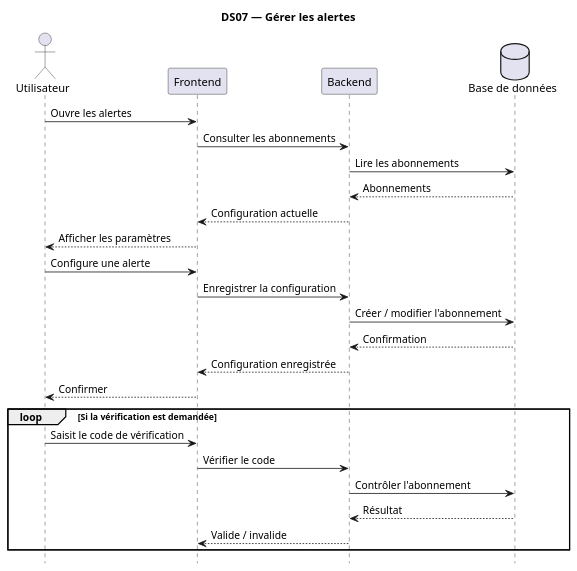
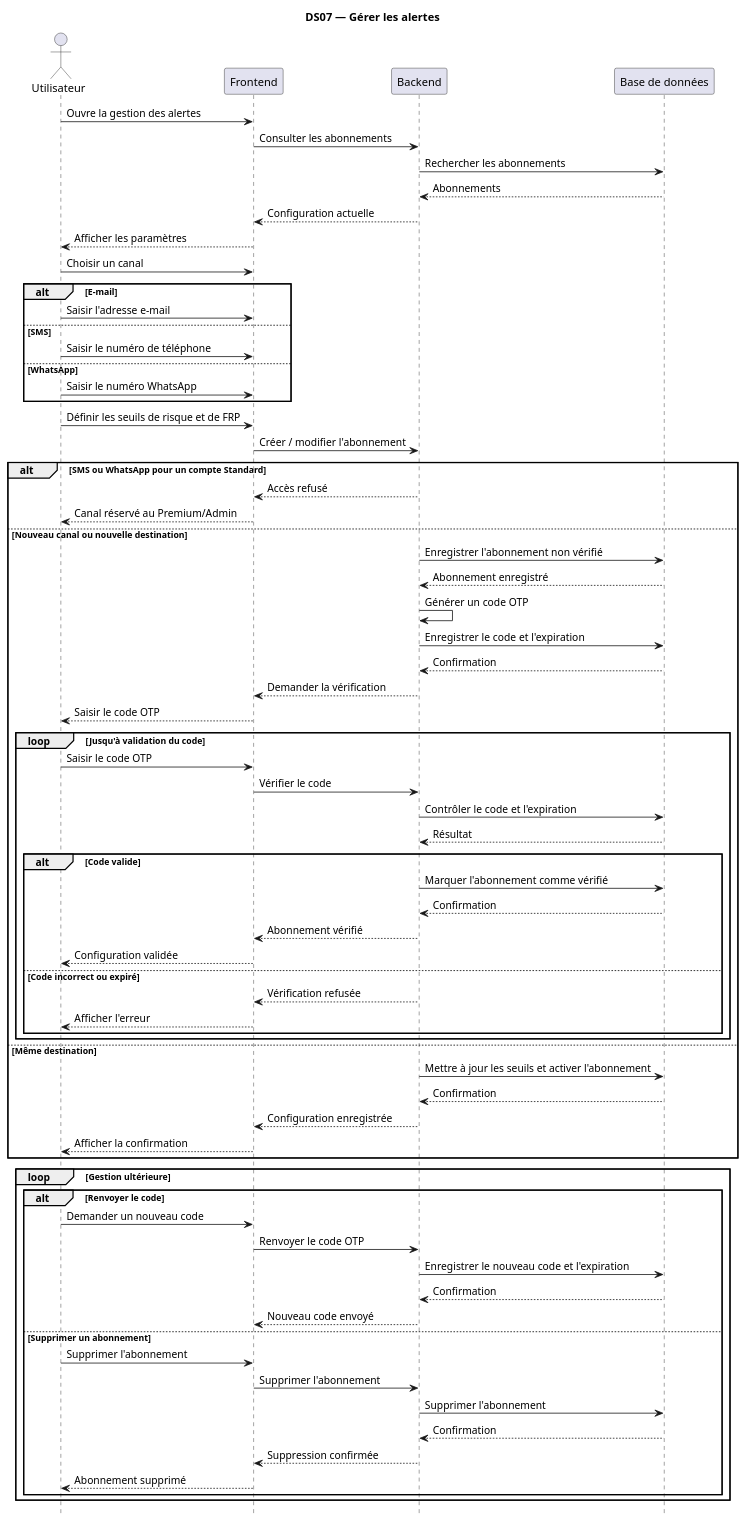
Before and after one commit to TkAbeleon/NoteAcemiqueProjetSoutenanceL3: the diagram in UML_JeryMotro/DS07_Gerer_alertes.plantuml, drawn with PlantUML.

Commit message:
Corriger DS07 Gestion des alertes selon le code réel

```diff
--- a/UML_JeryMotro/DS07_Gerer_alertes.plantuml
+++ b/UML_JeryMotro/DS07_Gerer_alertes.plantuml
@@ -1,34 +1,84 @@
 @startuml
 
 title DS07 — Gérer les alertes
 hide footbox
 skinparam shadowing false
 
 actor "Utilisateur" as U
 participant "Frontend" as F
 participant "Backend" as B
-database "Base de données" as DB
+participant "Base de données" as DB
 
-U -> F : Ouvre les alertes
+U -> F : Ouvre la gestion des alertes
 F -> B : Consulter les abonnements
-B -> DB : Lire les abonnements
+B -> DB : Rechercher les abonnements
 DB --> B : Abonnements
 B --> F : Configuration actuelle
 F --> U : Afficher les paramètres
 
-U -> F : Configure une alerte
-F -> B : Enregistrer la configuration
-B -> DB : Créer / modifier l'abonnement
-DB --> B : Confirmation
-B --> F : Configuration enregistrée
-F --> U : Confirmer
+U -> F : Choisir un canal
 
-loop Si la vérification est demandée
-    U -> F : Saisit le code de vérification
-    F -> B : Vérifier le code
-    B -> DB : Contrôler l'abonnement
-    DB --> B : Résultat
-    B --> F : Valide / invalide
+alt E-mail
+    U -> F : Saisir l'adresse e-mail
+else SMS
+    U -> F : Saisir le numéro de téléphone
+else WhatsApp
+    U -> F : Saisir le numéro WhatsApp
+end
+
+U -> F : Définir les seuils de risque et de FRP
+F -> B : Créer / modifier l'abonnement
+
+alt SMS ou WhatsApp pour un compte Standard
+    B --> F : Accès refusé
+    F --> U : Canal réservé au Premium/Admin
+else Nouveau canal ou nouvelle destination
+    B -> DB : Enregistrer l'abonnement non vérifié
+    DB --> B : Abonnement enregistré
+    B -> B : Générer un code OTP
+    B -> DB : Enregistrer le code et l'expiration
+    DB --> B : Confirmation
+    B --> F : Demander la vérification
+    F --> U : Saisir le code OTP
+
+    loop Jusqu'à validation du code
+        U -> F : Saisir le code OTP
+        F -> B : Vérifier le code
+        B -> DB : Contrôler le code et l'expiration
+        DB --> B : Résultat
+
+        alt Code valide
+            B -> DB : Marquer l'abonnement comme vérifié
+            DB --> B : Confirmation
+            B --> F : Abonnement vérifié
+            F --> U : Configuration validée
+        else Code incorrect ou expiré
+            B --> F : Vérification refusée
+            F --> U : Afficher l'erreur
+        end
+    end
+else Même destination
+    B -> DB : Mettre à jour les seuils et activer l'abonnement
+    DB --> B : Confirmation
+    B --> F : Configuration enregistrée
+    F --> U : Afficher la confirmation
+end
+
+loop Gestion ultérieure
+    alt Renvoyer le code
+        U -> F : Demander un nouveau code
+        F -> B : Renvoyer le code OTP
+        B -> DB : Enregistrer le nouveau code et l'expiration
+        DB --> B : Confirmation
+        B --> F : Nouveau code envoyé
+    else Supprimer un abonnement
+        U -> F : Supprimer l'abonnement
+        F -> B : Supprimer l'abonnement
+        B -> DB : Supprimer l'abonnement
+        DB --> B : Confirmation
+        B --> F : Suppression confirmée
+        F --> U : Abonnement supprimé
+    end
 end
 
 @enduml
```
